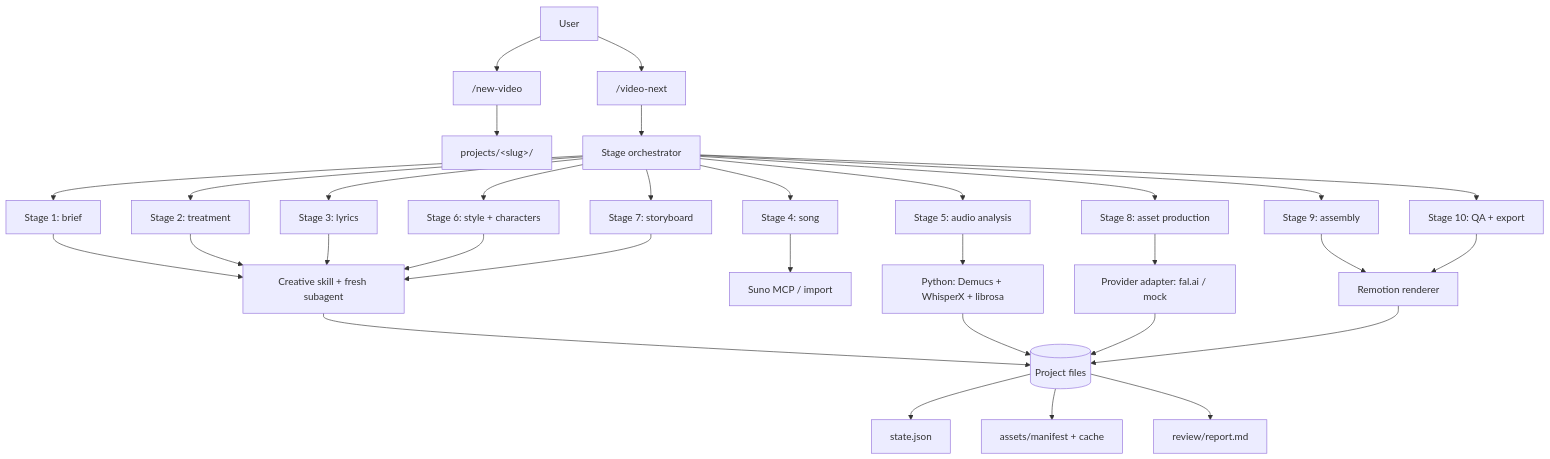
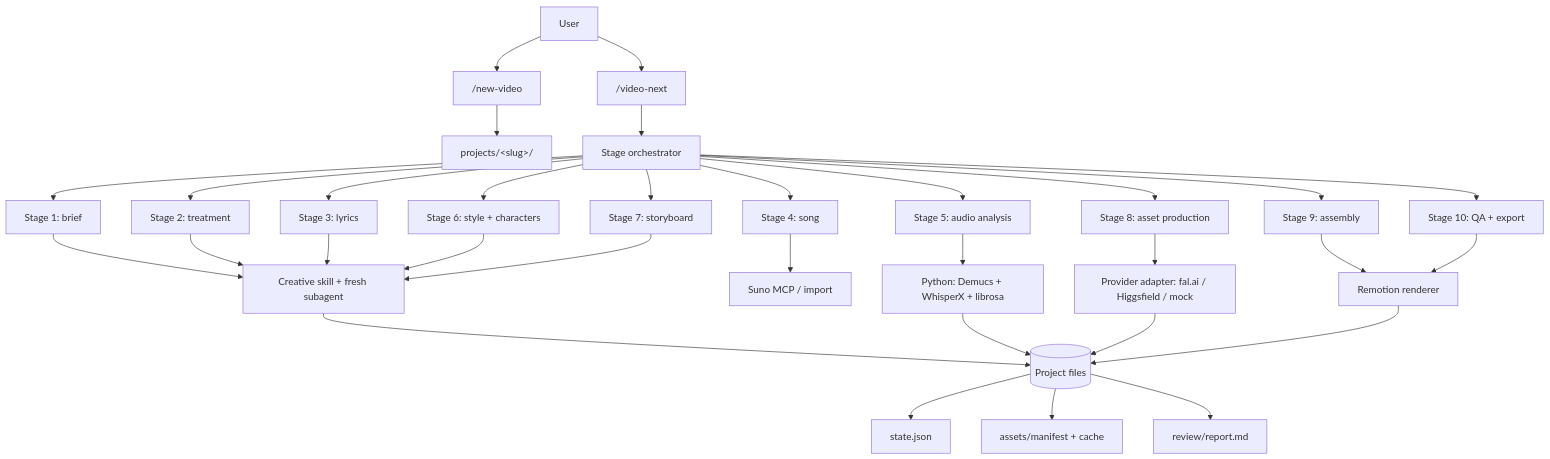
One commit to hemi1986/coreslopper changed the diagram in docs/PLAN.md. Above: the diagram before and after it, drawn with Mermaid. The commit also changed other lines of this file and 45 other files, not shown here.

First line of the commit message:
feat: add Higgsfield provider and setup quickstarts

````diff
--- a/docs/PLAN.md
+++ b/docs/PLAN.md
@@ -64,27 +64,27 @@
 ```mermaid
 flowchart TD
     U[User] --> NV["/new-video"]
     NV --> P["projects/&lt;slug&gt;/"]
     U --> VN["/video-next"]
     VN --> O[Stage orchestrator]
     O --> S1[Stage 1: brief]
     O --> S2[Stage 2: treatment]
     O --> S3[Stage 3: lyrics]
     O --> S4[Stage 4: song]
     O --> S5[Stage 5: audio analysis]
     O --> S6[Stage 6: style + characters]
     O --> S7[Stage 7: storyboard]
     O --> S8[Stage 8: asset production]
     O --> S9[Stage 9: assembly]
     O --> S10[Stage 10: QA + export]
 
     S1 & S2 & S3 & S6 & S7 --> C[Creative skill + fresh subagent]
     S4 --> SUNO[Suno MCP / import]
     S5 --> PY[Python: Demucs + WhisperX + librosa]
-    S8 --> PROV[Provider adapter: fal.ai / mock]
+    S8 --> PROV[Provider adapter: fal.ai / Higgsfield / mock]
     S9 & S10 --> REM[Remotion renderer]
     C & PY & PROV & REM --> F[(Project files)]
     F --> ST[state.json]
     F --> CA[assets/manifest + cache]
     F --> RV[review/report.md]
 ```
````
